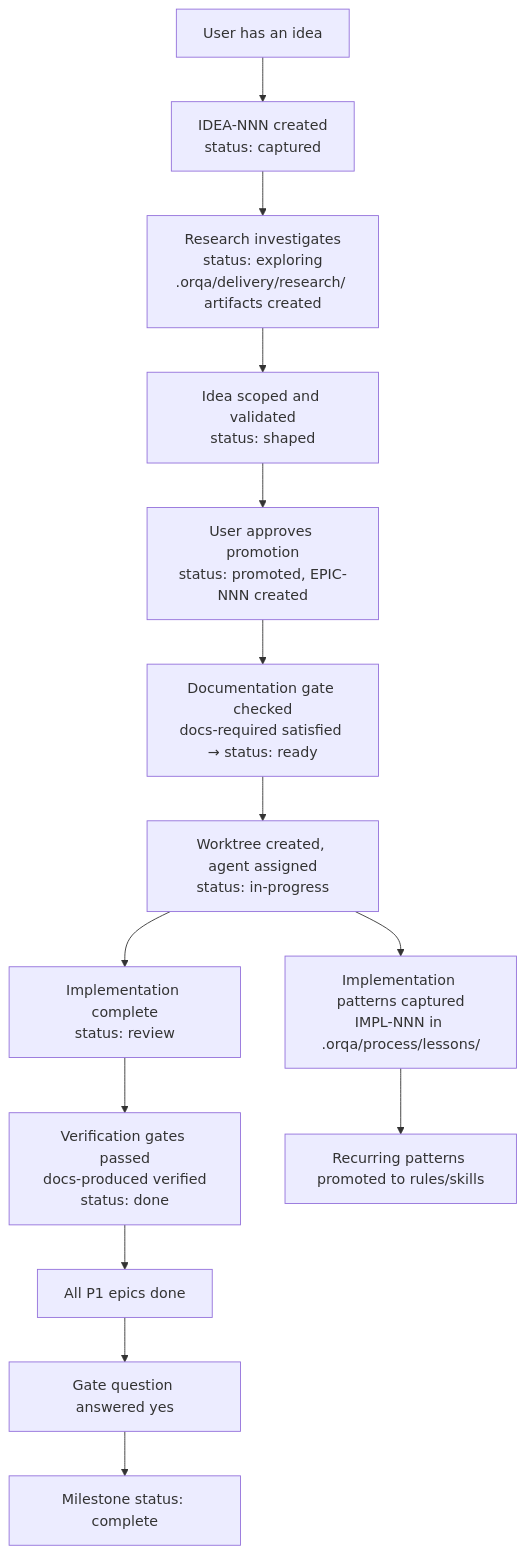
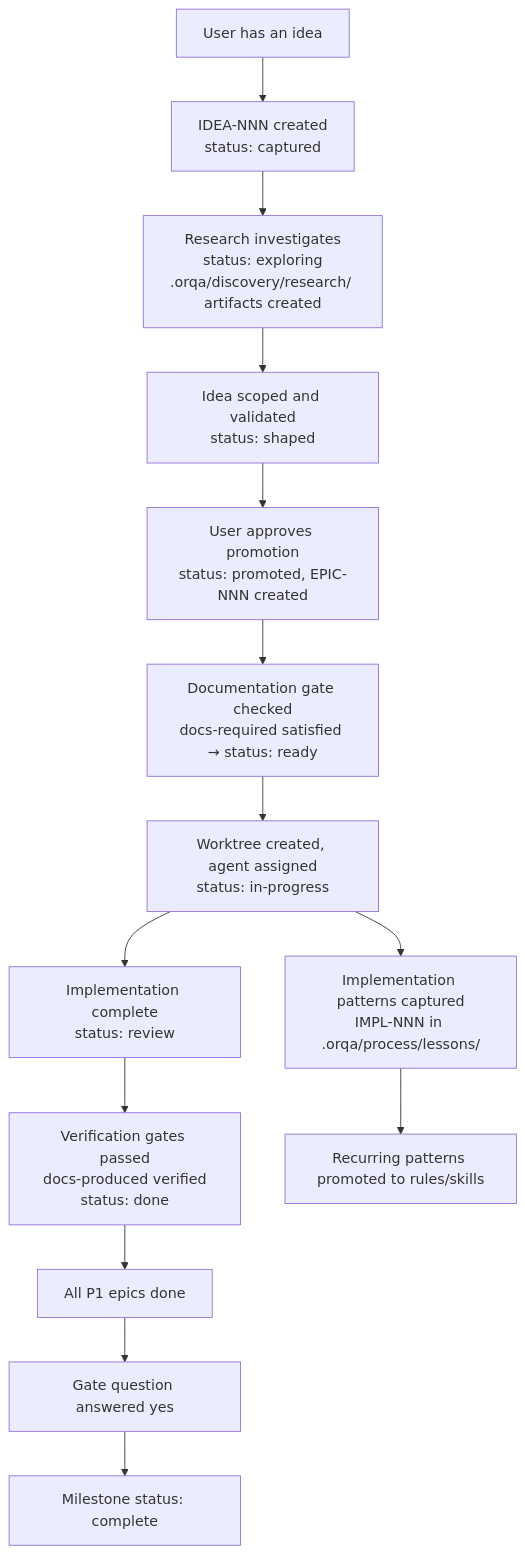
The diagram in .orqa/documentation/platform/DOC-c4b4b8b7.md (orqastudio/app), drawn with Mermaid before and after one commit. The commit also changed other lines of this file and 81 other files, not shown here.

````diff
--- a/.orqa/documentation/platform/DOC-c4b4b8b7.md
+++ b/.orqa/documentation/platform/DOC-c4b4b8b7.md
@@ -29,27 +29,27 @@
 ```mermaid
 graph TD
     Idea["User has an idea"]
     Captured["IDEA-NNN created<br/>status: captured"]
-    Exploring["Research investigates<br/>status: exploring<br/>.orqa/delivery/research/ artifacts created"]
+    Exploring["Research investigates<br/>status: exploring<br/>.orqa/discovery/research/ artifacts created"]
     Shaped["Idea scoped and validated<br/>status: shaped"]
     Promoted["User approves promotion<br/>status: promoted, EPIC-NNN created"]
 
     DocGate["Documentation gate checked<br/>docs-required satisfied → status: ready"]
     InProgress["Worktree created, agent assigned<br/>status: in-progress"]
     Review["Implementation complete<br/>status: review"]
     Done["Verification gates passed<br/>docs-produced verified<br/>status: done"]
 
     Lesson["Implementation patterns captured<br/>IMPL-NNN in .orqa/process/lessons/"]
     Promoted2["Recurring patterns promoted to rules/skills"]
 
     P1["All P1 epics done"]
     Gate["Gate question answered yes"]
     Complete["Milestone status: complete"]
 
     Idea --> Captured --> Exploring --> Shaped --> Promoted
     Promoted --> DocGate --> InProgress --> Review --> Done
 
     InProgress --> Lesson --> Promoted2
 
     Done --> P1 --> Gate --> Complete
 ```
````
